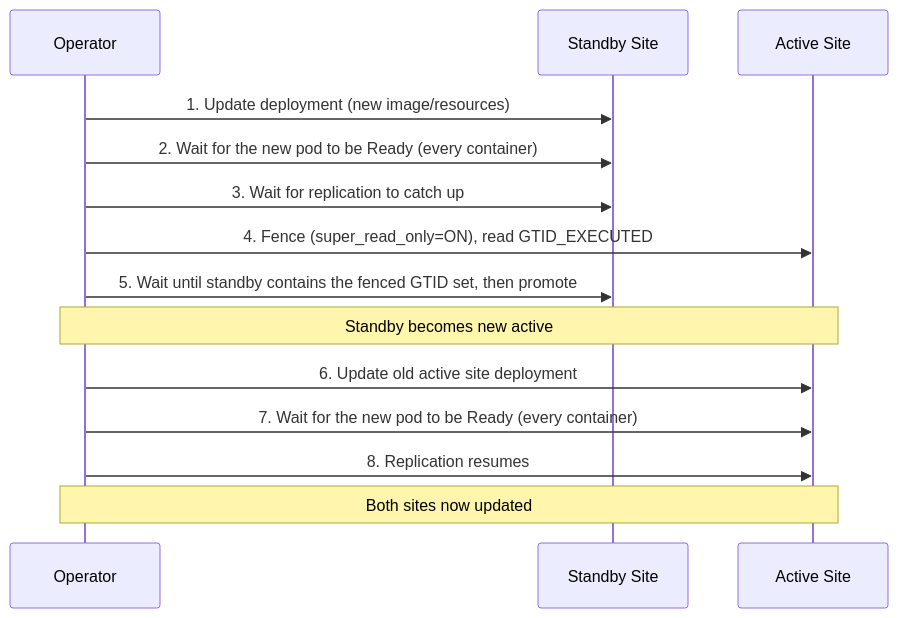
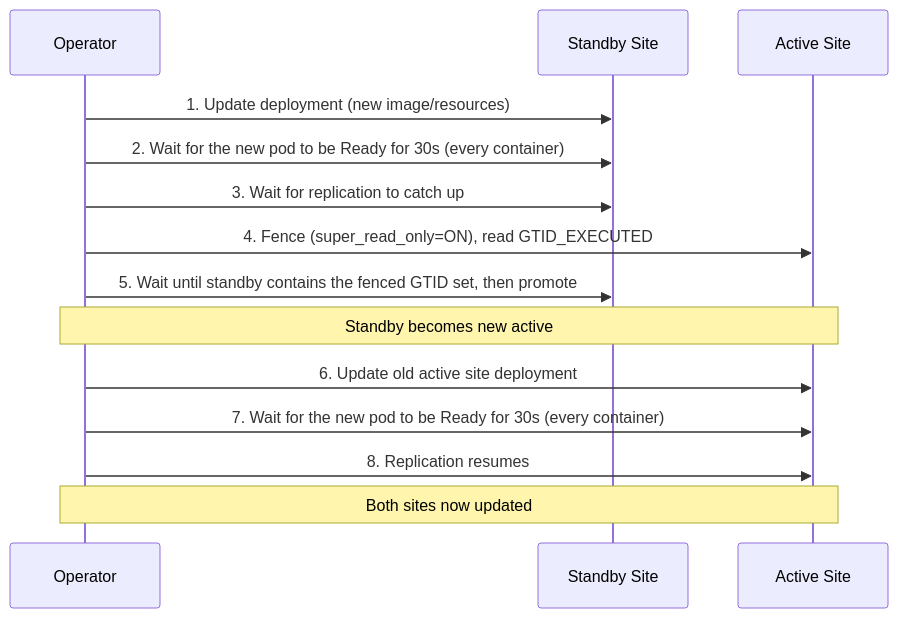
One commit to ShipStream/bloodraven changed the second of 2 diagrams in site/content/docs/6.operations/6.failover.md. Above: the diagram before and after it, drawn with Mermaid. The commit also changed other lines of this file and 18 other files, not shown here.

First line of the commit message:
Require the pod to stay Ready for 30s before an ordered update moves on

````diff
--- a/site/content/docs/6.operations/6.failover.md
+++ b/site/content/docs/6.operations/6.failover.md
@@ -463,17 +463,17 @@
 ```mermaid
 sequenceDiagram
     participant Op as Operator
     participant Standby as Standby Site
     participant Active as Active Site
 
     Op->>Standby: 1. Update deployment (new image/resources)
-    Op->>Standby: 2. Wait for the new pod to be Ready (every container)
+    Op->>Standby: 2. Wait for the new pod to be Ready for 30s (every container)
     Op->>Standby: 3. Wait for replication to catch up
     Op->>Active: 4. Fence (super_read_only=ON), read GTID_EXECUTED
     Op->>Standby: 5. Wait until standby contains the fenced GTID set, then promote
     Note over Op,Active: Standby becomes new active
     Op->>Active: 6. Update old active site deployment
-    Op->>Active: 7. Wait for the new pod to be Ready (every container)
+    Op->>Active: 7. Wait for the new pod to be Ready for 30s (every container)
     Op->>Active: 8. Replication resumes
     Note over Op,Active: Both sites now updated
 ```
````
